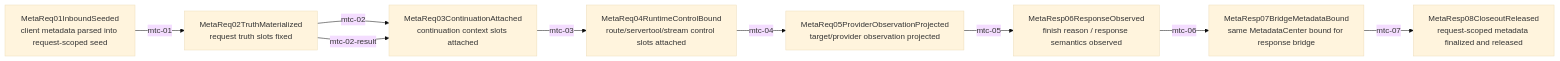
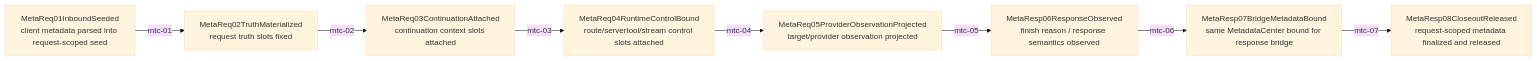
The diagram in docs/architecture/wiki/metadata-center-mainline-source.md (Jasonzhangf/routecodex), drawn with Mermaid (base theme) before and after one commit. The commit also changed other lines of this file and 8 other files, not shown here.

````diff
--- a/docs/architecture/wiki/metadata-center-mainline-source.md
+++ b/docs/architecture/wiki/metadata-center-mainline-source.md
@@ -36,20 +36,19 @@
 ```mermaid
 flowchart LR
   MetaReq01InboundSeeded["MetaReq01InboundSeeded<br/>client metadata parsed into request-scoped seed"]
   MetaReq02TruthMaterialized["MetaReq02TruthMaterialized<br/>request truth slots fixed"]
   MetaReq03ContinuationAttached["MetaReq03ContinuationAttached<br/>continuation context slots attached"]
   MetaReq04RuntimeControlBound["MetaReq04RuntimeControlBound<br/>route/servertool/stream control slots attached"]
   MetaReq05ProviderObservationProjected["MetaReq05ProviderObservationProjected<br/>target/provider observation projected"]
   MetaResp06ResponseObserved["MetaResp06ResponseObserved<br/>finish reason / response semantics observed"]
   MetaResp07BridgeMetadataBound["MetaResp07BridgeMetadataBound<br/>same MetadataCenter bound for response bridge"]
   MetaResp08CloseoutReleased["MetaResp08CloseoutReleased<br/>request-scoped metadata finalized and released"]
 
   MetaReq01InboundSeeded -->|mtc-01| MetaReq02TruthMaterialized
   MetaReq02TruthMaterialized -->|mtc-02| MetaReq03ContinuationAttached
-  MetaReq02TruthMaterialized -->|mtc-02-result| MetaReq03ContinuationAttached
   MetaReq03ContinuationAttached -->|mtc-03| MetaReq04RuntimeControlBound
   MetaReq04RuntimeControlBound -->|mtc-04| MetaReq05ProviderObservationProjected
   MetaReq05ProviderObservationProjected -->|mtc-05| MetaResp06ResponseObserved
   MetaResp06ResponseObserved -->|mtc-06| MetaResp07BridgeMetadataBound
   MetaResp07BridgeMetadataBound -->|mtc-07| MetaResp08CloseoutReleased
 ```
````
